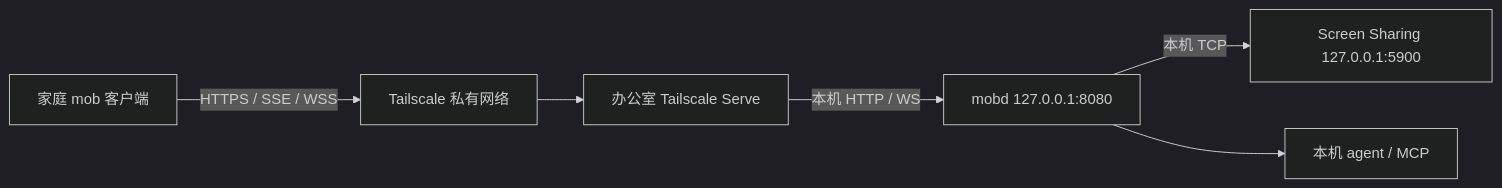
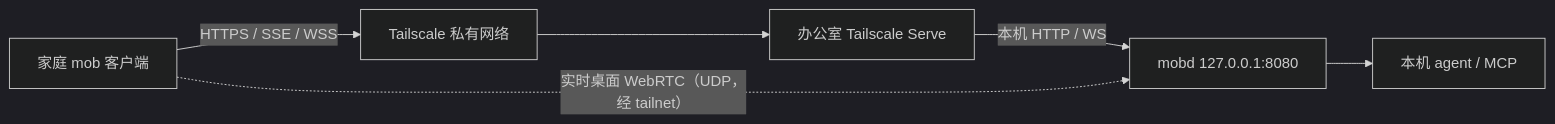
The third of 3 diagrams in docs/remote-access.md (xrdavies/mobd), drawn with Mermaid (dark theme) before and after one commit. The commit also changed other lines of this file and 9 other files, not shown here.

````diff
--- a/docs/remote-access.md
+++ b/docs/remote-access.md
@@ -175,8 +176,8 @@
 ```mermaid
 flowchart LR
     H[家庭 mob 客户端] -->|HTTPS / SSE / WSS| T[Tailscale 私有网络]
     T --> S[办公室 Tailscale Serve]
     S -->|本机 HTTP / WS| M[mobd 127.0.0.1:8080]
-    M -->|本机 TCP| V[Screen Sharing 127.0.0.1:5900]
+    H -.->|实时桌面 WebRTC（UDP，经 tailnet）| M
     M --> A[本机 agent / MCP]
 ```
````
